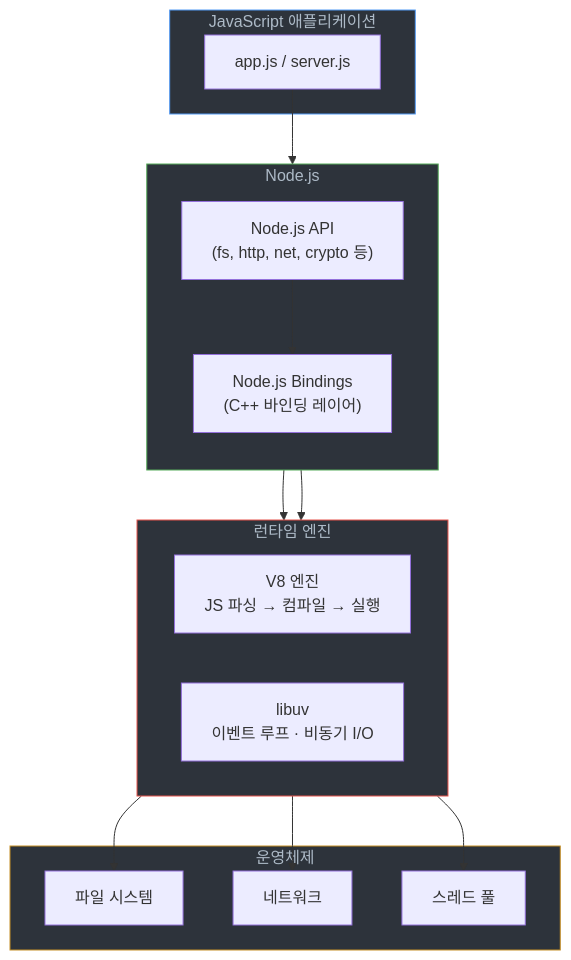
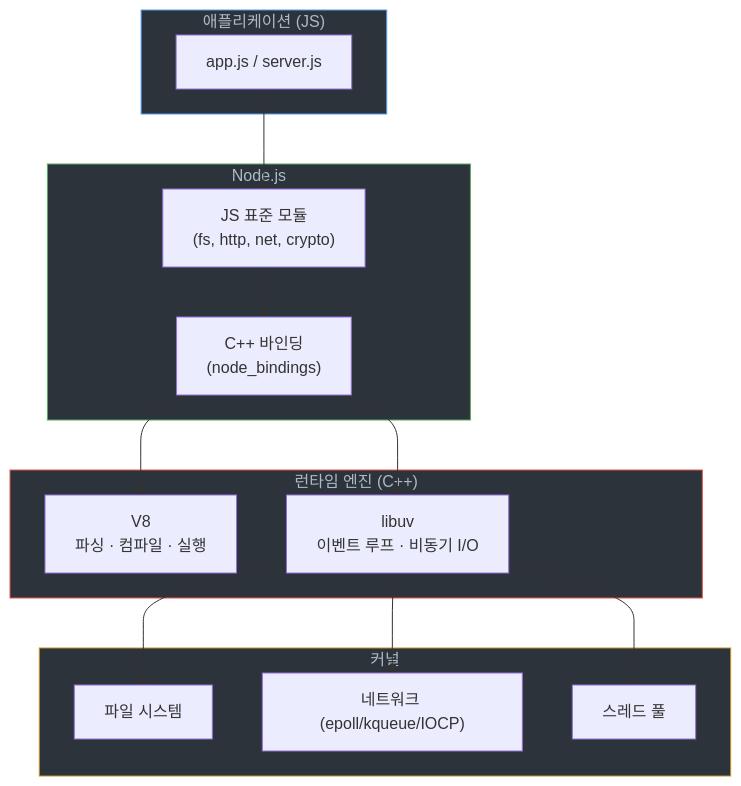
One commit to GYUTORY/YGSTUDY changed the first of 4 diagrams in Develop/Framework/Node/Nodejs의 구조 및 작동 원리/Node.md. Above: the diagram before and after it, drawn with Mermaid. The commit also changed other lines of this file and 2 other files, not shown here.

````diff
--- a/Develop/Framework/Node/Nodejs의 구조 및 작동 원리/Node.md
+++ b/Develop/Framework/Node/Nodejs의 구조 및 작동 원리/Node.md
@@ -31,37 +19,34 @@
 ```mermaid
 graph TB
-    subgraph APP["JavaScript 애플리케이션"]
+    subgraph APP["애플리케이션 (JS)"]
         A1["app.js / server.js"]
     end
 
     subgraph NODEJS["Node.js"]
-        direction TB
-        B1["Node.js API<br/>(fs, http, net, crypto 등)"]
-        B2["Node.js Bindings<br/>(C++ 바인딩 레이어)"]
+        B1["JS 표준 모듈<br/>(fs, http, net, crypto)"]
+        B2["C++ 바인딩<br/>(node_bindings)"]
     end
 
-    subgraph ENGINE["런타임 엔진"]
-        direction LR
-        C1["V8 엔진<br/>JS 파싱 → 컴파일 → 실행"]
+    subgraph ENGINE["런타임 엔진 (C++)"]
+        C1["V8<br/>파싱 · 컴파일 · 실행"]
         C2["libuv<br/>이벤트 루프 · 비동기 I/O"]
     end
 
-    subgraph OS["운영체제"]
+    subgraph OS["커널"]
         D1["파일 시스템"]
-        D2["네트워크"]
+        D2["네트워크 (epoll/kqueue/IOCP)"]
         D3["스레드 풀"]
     end
 
-    A1 --> B1
-    B1 --> B2
+    A1 --> B1 --> B2
     B2 --> C1
     B2 --> C2
     C2 --> D1
     C2 --> D2
     C2 --> D3
 
     style APP fill:#2d333b,stroke:#539bf5,color:#adbac7
     style NODEJS fill:#2d333b,stroke:#57ab5a,color:#adbac7
     style ENGINE fill:#2d333b,stroke:#e5534b,color:#adbac7
     style OS fill:#2d333b,stroke:#c69026,color:#adbac7
 ```
````
